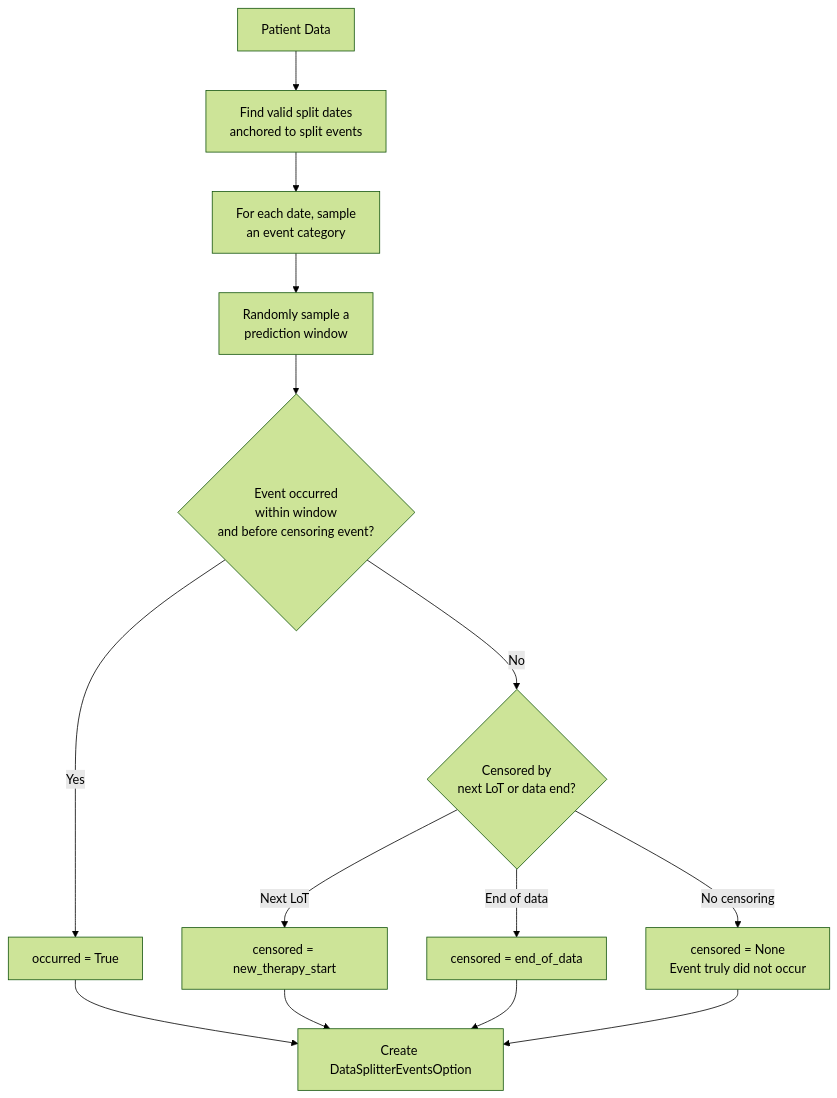
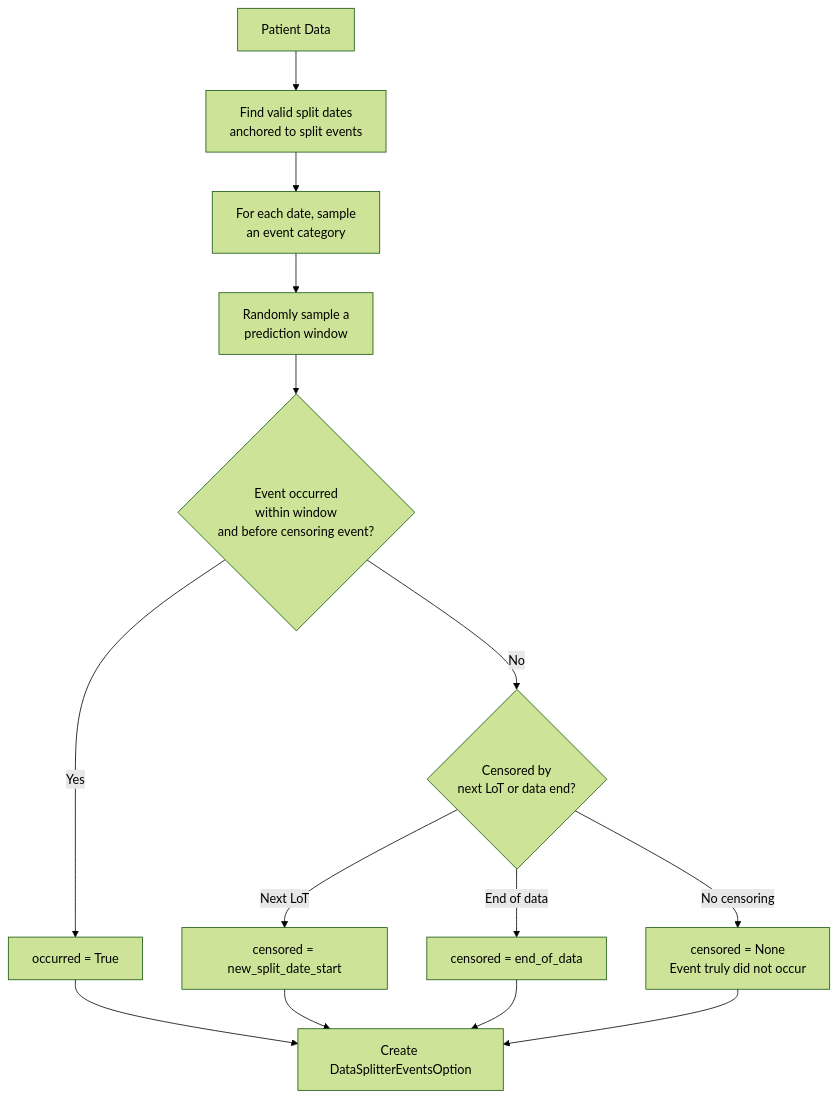
The second of 2 diagrams in docs/data-splitting.md (MendenLab/TwinWeaver), drawn with Mermaid (forest theme) before and after one commit. The commit also changed other lines of this file and 67 other files, not shown here.

````diff
--- a/docs/data-splitting.md
+++ b/docs/data-splitting.md
@@ -119,16 +119,16 @@
 ```mermaid
 flowchart TD
     A[Patient Data] --> B[Find valid split dates<br>anchored to split events]
     B --> C[For each date, sample<br>an event category]
     C --> D[Randomly sample a<br>prediction window]
     D --> E{Event occurred<br>within window <br> and before censoring event?}
     E -->|Yes| F[occurred = True]
     E -->|No| G{Censored by<br>next LoT or data end?}
-    G -->|Next LoT| H[censored = new_therapy_start]
+    G -->|Next LoT| H[censored = new_split_date_start]
     G -->|End of data| I[censored = end_of_data]
     G -->|No censoring| J[censored = None<br>Event truly did not occur]
     F --> K[Create DataSplitterEventsOption]
     H --> K
     I --> K
     J --> K
 ```
````
